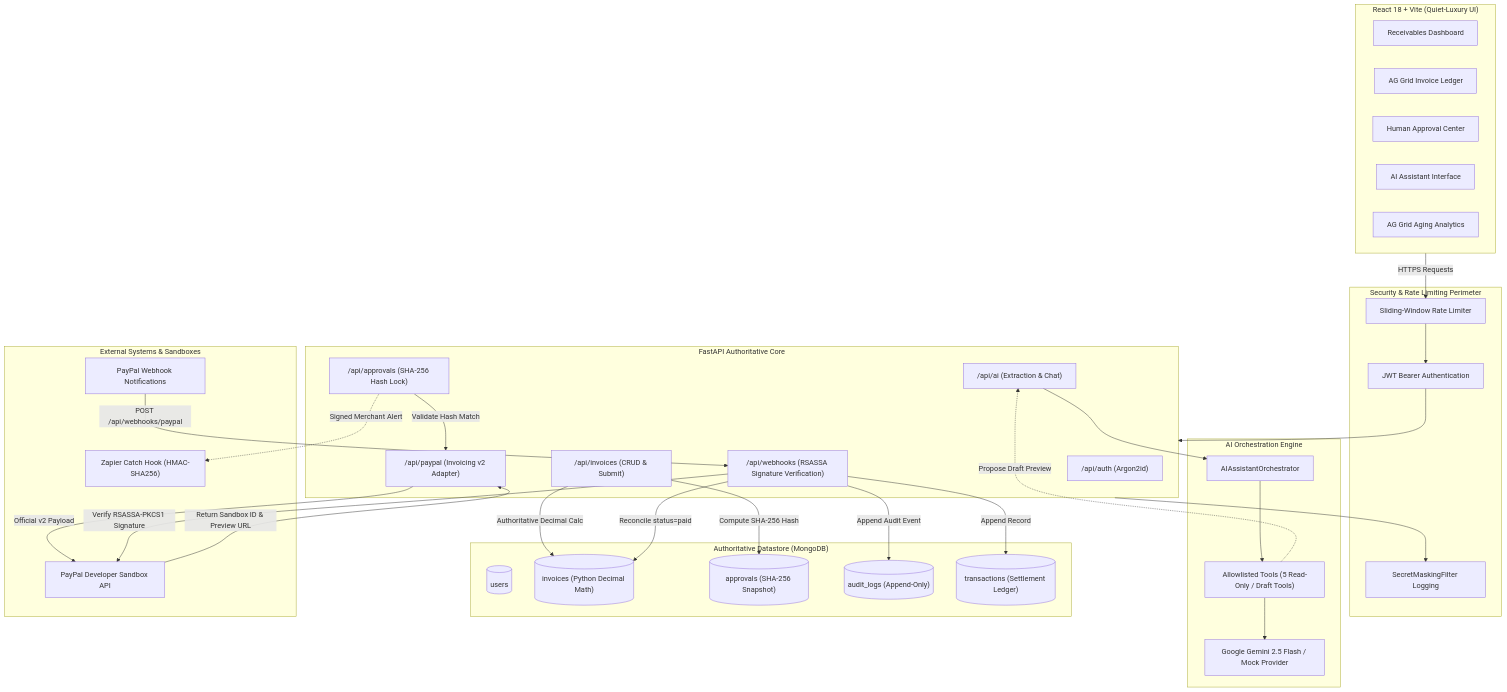
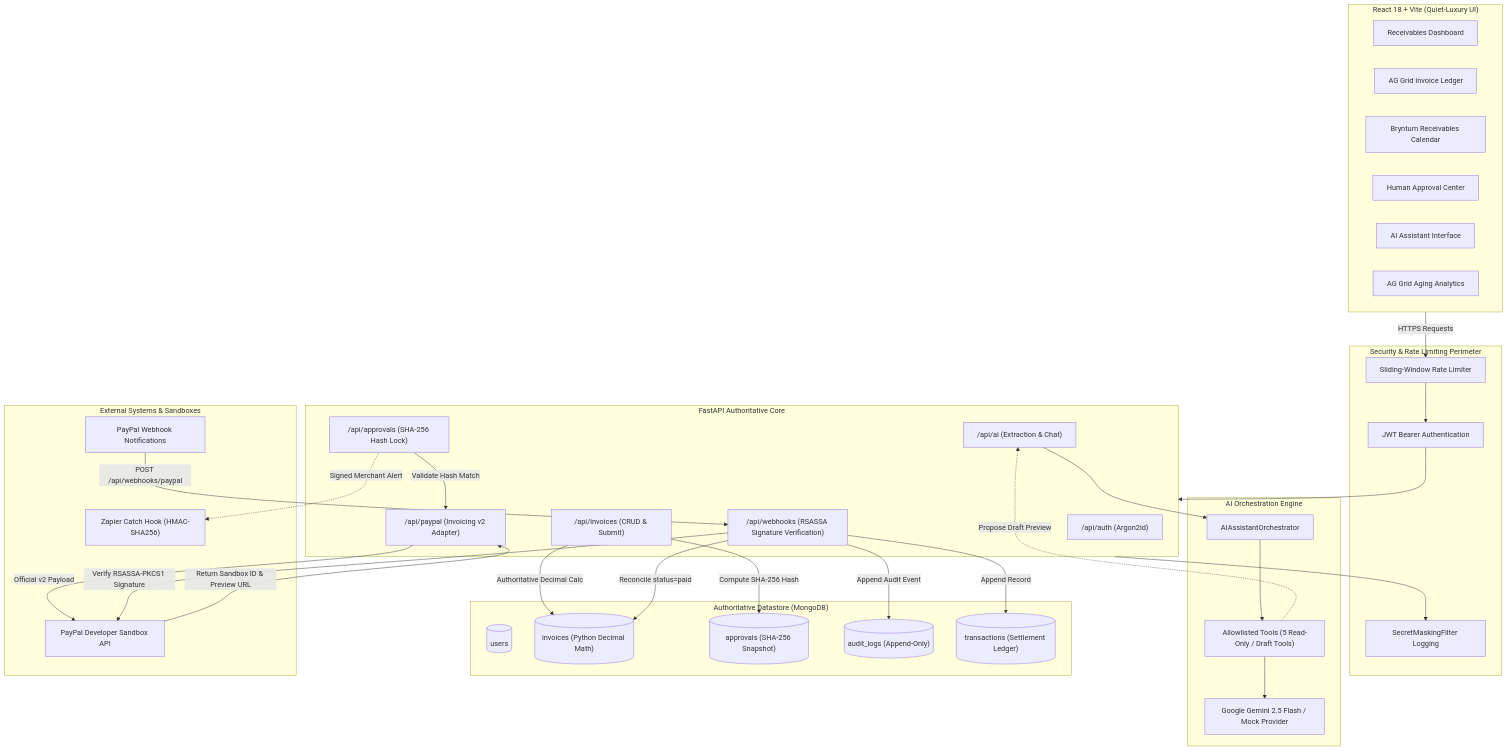
The diagram in README.md (callmesidhu/FastAPI-PAYFLOW-AI-hackathon), drawn with Mermaid before and after one commit. The commit also changed other lines of this file and 10 other files, not shown here.

Commit message:
feat: integrate Bryntum Calendar for invoice due-dates, timeline tracking and sponsor compliance

````diff
--- a/README.md
+++ b/README.md
@@ -19,71 +19,72 @@
 ```mermaid
 flowchart TD
     subgraph Frontend["React 18 + Vite (Quiet-Luxury UI)"]
         UI_Dash["Receivables Dashboard"]
         UI_Grid["AG Grid Invoice Ledger"]
+        UI_Cal["Bryntum Receivables Calendar"]
         UI_Appr["Human Approval Center"]
         UI_AI["AI Assistant Interface"]
         UI_Analytics["AG Grid Aging Analytics"]
     end
 
     subgraph SecurityPerimeter["Security & Rate Limiting Perimeter"]
         RL["Sliding-Window Rate Limiter"]
         AuthMid["JWT Bearer Authentication"]
         SecLog["SecretMaskingFilter Logging"]
     end
 
     subgraph BackendAPI["FastAPI Authoritative Core"]
         AuthRouter["/api/auth (Argon2id)"]
         InvRouter["/api/invoices (CRUD & Submit)"]
         ApprRouter["/api/approvals (SHA-256 Hash Lock)"]
         AIRouter["/api/ai (Extraction & Chat)"]
         PPAdapter["/api/paypal (Invoicing v2 Adapter)"]
         WHReceiver["/api/webhooks (RSASSA Signature Verification)"]
     end
 
     subgraph Intelligence["AI Orchestration Engine"]
         Orchestrator["AIAssistantOrchestrator"]
         Tools["Allowlisted Tools (5 Read-Only / Draft Tools)"]
         LLM["Google Gemini 2.5 Flash / Mock Provider"]
     end
 
     subgraph DataStore["Authoritative Datastore (MongoDB)"]
         DB_Users[("users")]
         DB_Invoices[("invoices (Python Decimal Math)")]
         DB_Approvals[("approvals (SHA-256 Snapshot)")]
         DB_Audit[("audit_logs (Append-Only)")]
         DB_Tx[("transactions (Settlement Ledger)")]
     end
 
     subgraph ExternalServices["External Systems & Sandboxes"]
         PPSandbox["PayPal Developer Sandbox API"]
         PPWebhook["PayPal Webhook Notifications"]
         ZapierCatch["Zapier Catch Hook (HMAC-SHA256)"]
     end
 
     %% Flow connections
     Frontend -->|HTTPS Requests| RL
     RL --> AuthMid
     AuthMid --> BackendAPI
     BackendAPI --> SecLog
 
     AIRouter --> Orchestrator
     Orchestrator --> Tools
     Tools --> LLM
     Tools -.->|Propose Draft Preview| AIRouter
 
     InvRouter -->|Authoritative Decimal Calc| DB_Invoices
     InvRouter -->|Compute SHA-256 Hash| DB_Approvals
 
     ApprRouter -->|Validate Hash Match| PPAdapter
     PPAdapter -->|Official v2 Payload| PPSandbox
     PPSandbox -->|Return Sandbox ID & Preview URL| PPAdapter
 
     PPWebhook -->|POST /api/webhooks/paypal| WHReceiver
     WHReceiver -->|Verify RSASSA-PKCS1 Signature| PPSandbox
     WHReceiver -->|Reconcile status=paid| DB_Invoices
     WHReceiver -->|Append Record| DB_Tx
     WHReceiver -->|Append Audit Event| DB_Audit
 
     ApprRouter -.->|Signed Merchant Alert| ZapierCatch
 ```
````
